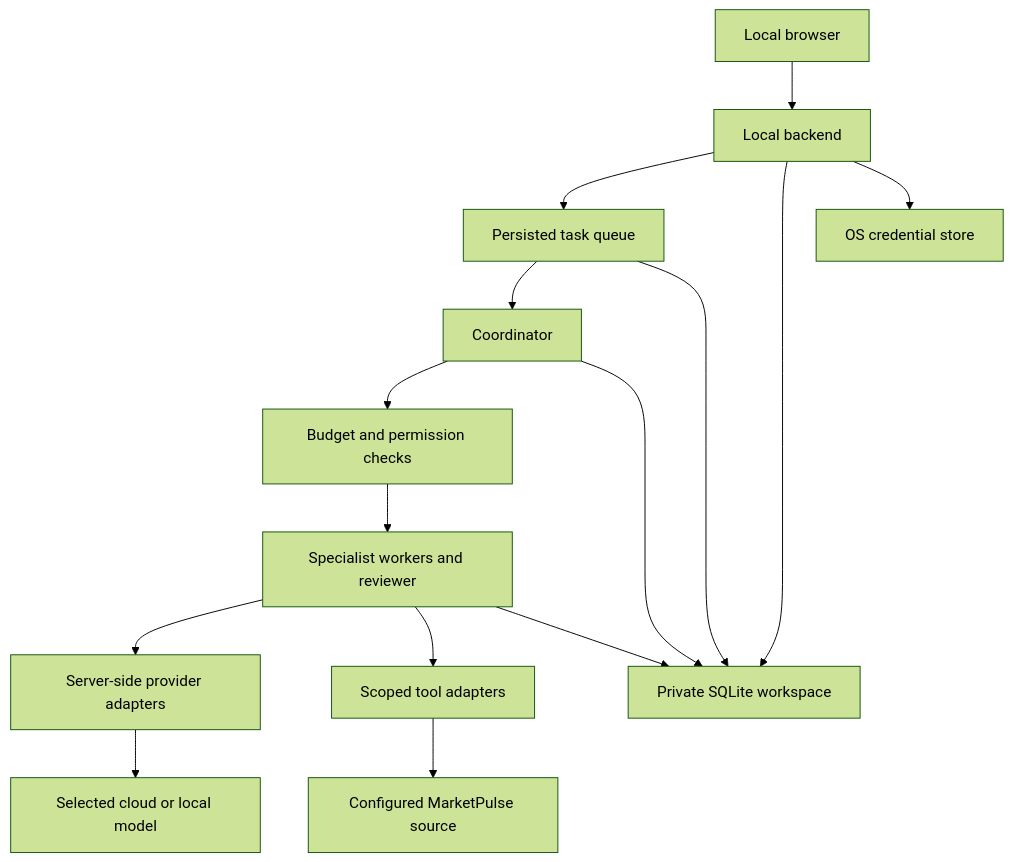
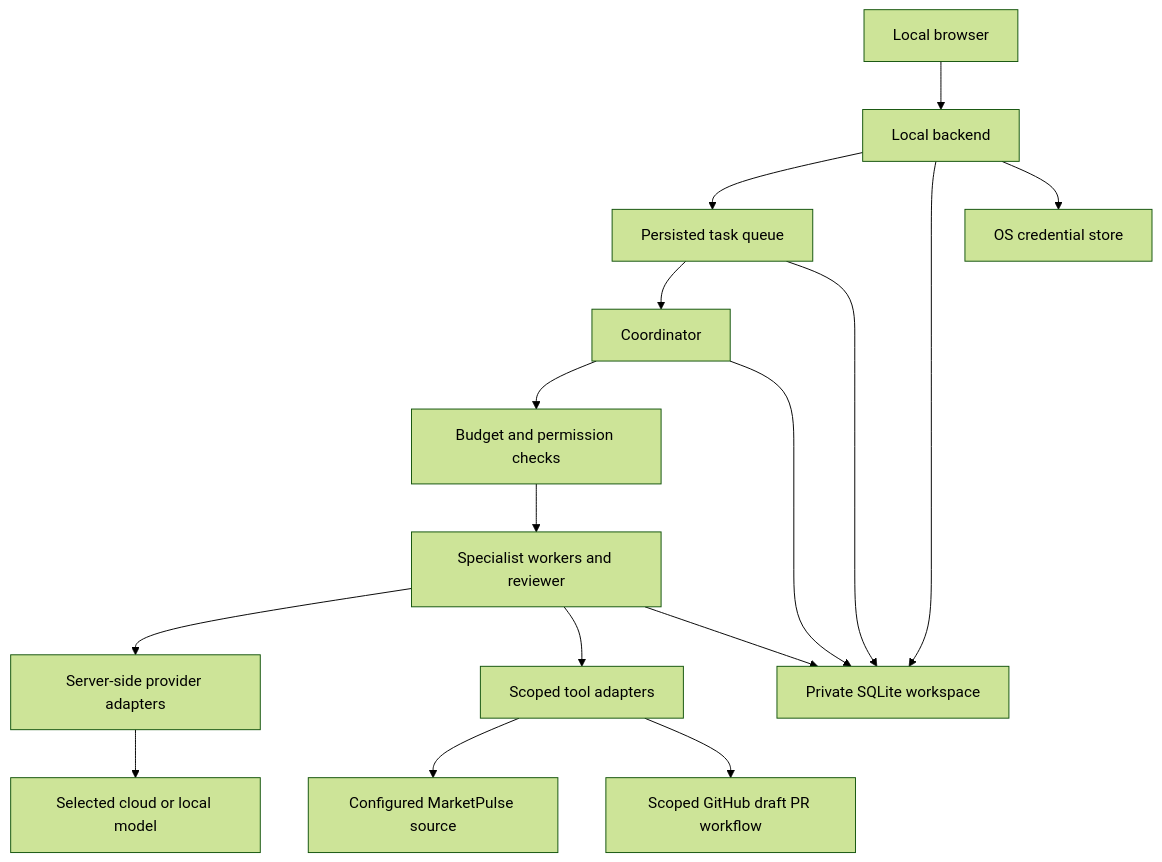
The diagram in DEVELOPMENT_PLAN.md (erikmalm/maestro), drawn with Mermaid (forest theme) before and after one commit. The commit also changed other lines of this file and 25 other files, not shown here.

Commit message:
Add local workspace preview, usage controls and architecture draft

````diff
--- a/DEVELOPMENT_PLAN.md
+++ b/DEVELOPMENT_PLAN.md
@@ -28,17 +31,18 @@
 ```mermaid
 flowchart TD
     U[Local browser] --> B[Local backend]
     B --> Q[Persisted task queue]
     Q --> C[Coordinator]
     C --> G[Budget and permission checks]
     G --> A[Specialist workers and reviewer]
     A --> P[Server-side provider adapters]
     P --> L[Selected cloud or local model]
     A --> T[Scoped tool adapters]
     T --> MP[Configured MarketPulse source]
+    T --> GH[Scoped GitHub draft PR workflow]
     B --> S[Private SQLite workspace]
     Q --> S
     C --> S
     A --> S
     B --> K[OS credential store]
 ```
````
